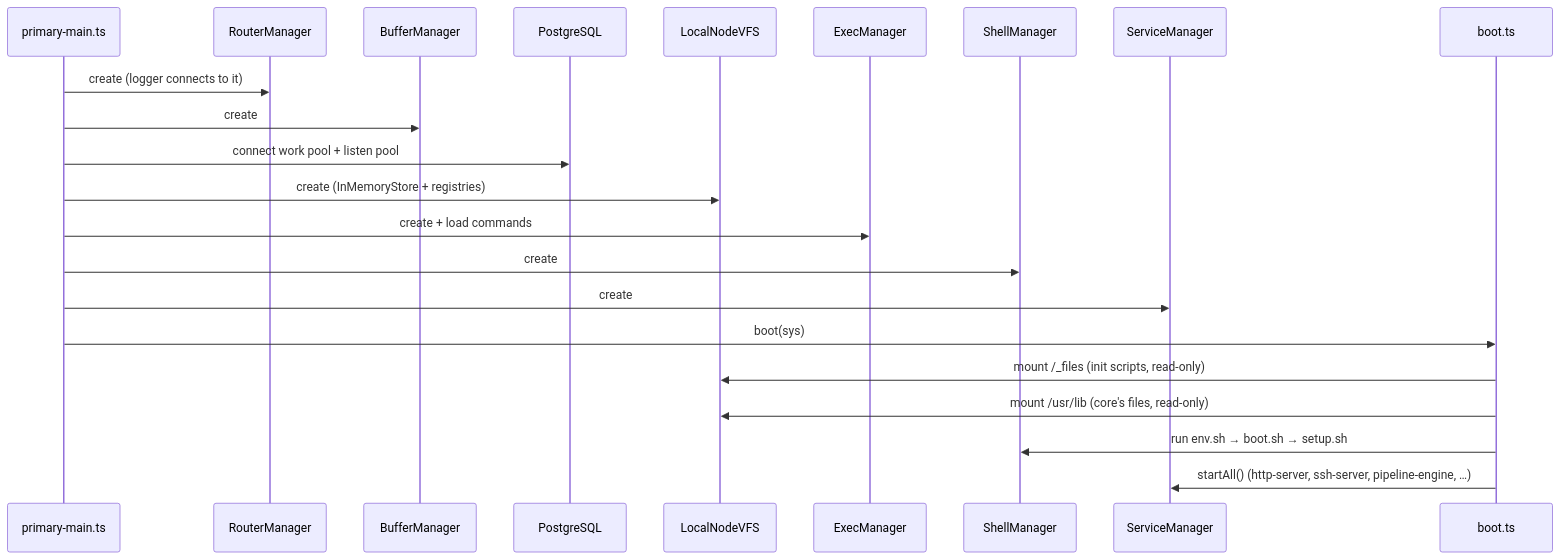
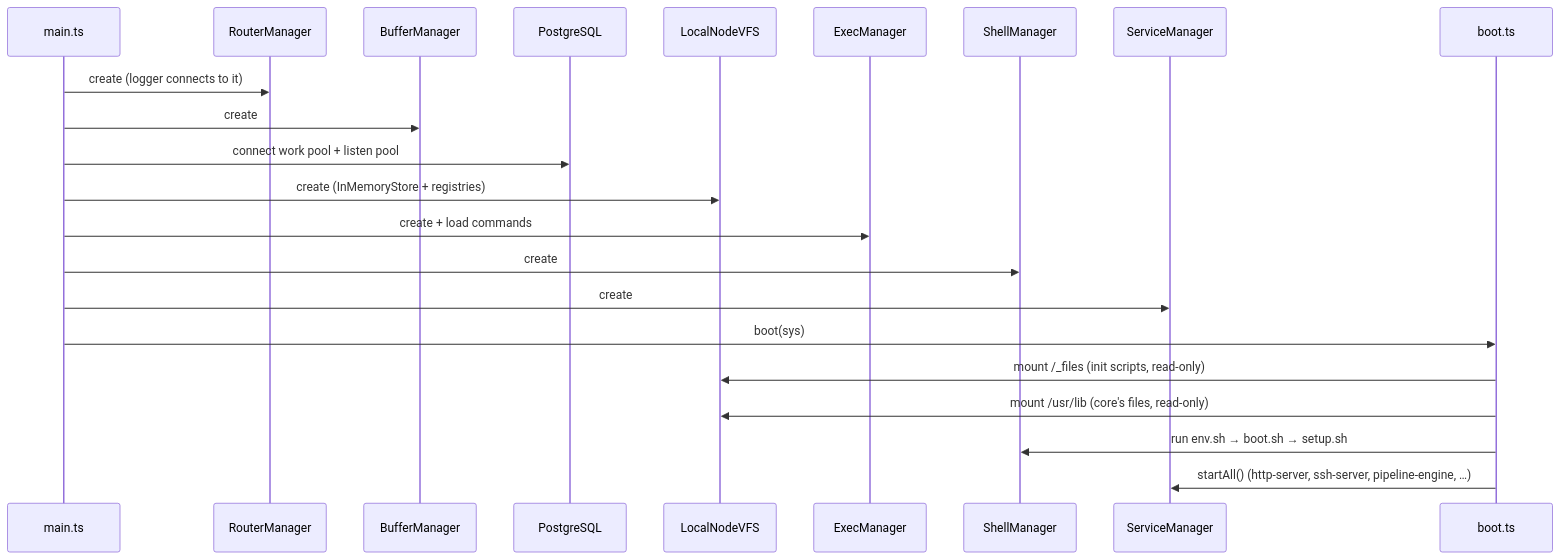
The fifth of 5 diagrams in docs/architecture.md (einhq/core), drawn with Mermaid before and after one commit. The commit also changed other lines of this file and 10 other files, not shown here.

First line of the commit message:
refactor(core): rename src/primary-main.ts to src/main.ts

````diff
--- a/docs/architecture.md
+++ b/docs/architecture.md
@@ -1187,25 +1187,25 @@
 ```mermaid
 sequenceDiagram
-    participant M as primary-main.ts
+    participant M as main.ts
     participant R as RouterManager
     participant B as BufferManager
     participant PG as PostgreSQL
     participant V as LocalNodeVFS
     participant E as ExecManager
     participant SH as ShellManager
     participant SVC as ServiceManager
     participant BOOT as boot.ts
 
     M->>R: create (logger connects to it)
     M->>B: create
     M->>PG: connect work pool + listen pool
     M->>V: create (InMemoryStore + registries)
     M->>E: create + load commands
     M->>SH: create
     M->>SVC: create
     M->>BOOT: boot(sys)
     BOOT->>V: mount /_files (init scripts, read-only)
     BOOT->>V: mount /usr/lib (core's files, read-only)
     BOOT->>SH: run env.sh → boot.sh → setup.sh
     BOOT->>SVC: startAll() (http-server, ssh-server, pipeline-engine, …)
 ```
````
